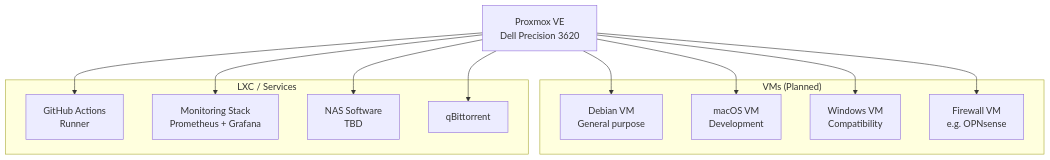
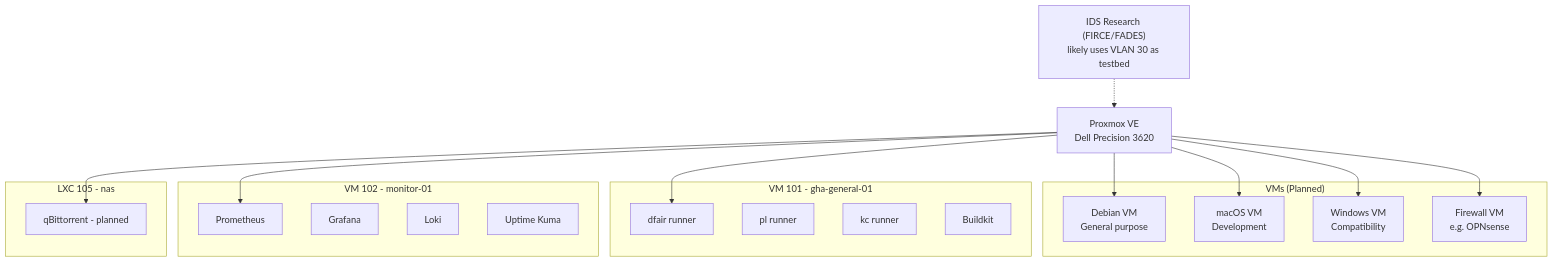
The diagram in docs/services/README.md (sethbarrett50/home_lab_docs), drawn with Mermaid before and after one commit. The commit also changed other lines of this file and 3 other files, not shown here.

Commit message:
docs: add IDS research service page (FIRCE/FADES), fix stale GHA-runner service description, flag ESP32 L2 isolation gap

````diff
--- a/docs/services/README.md
+++ b/docs/services/README.md
@@ -13,27 +15,40 @@
 ```mermaid
 graph TD
     PVE[Proxmox VE\nDell Precision 3620]
 
     subgraph "VMs (Planned)"
         DEBIAN[Debian VM\nGeneral purpose]
         MACOS[macOS VM\nDevelopment]
         WIN[Windows VM\nCompatibility]
         FW[Firewall VM\ne.g. OPNsense]
     end
 
-    subgraph "LXC / Services"
-        GHA[GitHub Actions\nRunner]
-        MON[Monitoring Stack\nPrometheus + Grafana]
-        NAS[NAS Software\nTBD]
-        QB[qBittorrent]
+    subgraph "VM 101 - gha-general-01"
+        GHA1[dfair runner]
+        GHA2[pl runner]
+        GHA3[kc runner]
+        BK[Buildkit]
+    end
+
+    subgraph "VM 102 - monitor-01"
+        PROM[Prometheus]
+        GRAF[Grafana]
+        LOKI[Loki]
+        KUMA[Uptime Kuma]
+    end
+
+    subgraph "LXC 105 - nas"
+        QB[qBittorrent - planned]
     end
 
     PVE --> DEBIAN
     PVE --> MACOS
     PVE --> WIN
     PVE --> FW
-    PVE --> GHA
-    PVE --> MON
-    PVE --> NAS
+    PVE --> GHA1
+    PVE --> PROM
     PVE --> QB
+
+    IDS["IDS Research (FIRCE/FADES)\nlikely uses VLAN 30 as testbed"]
+    IDS -.-> PVE
 ```
````
